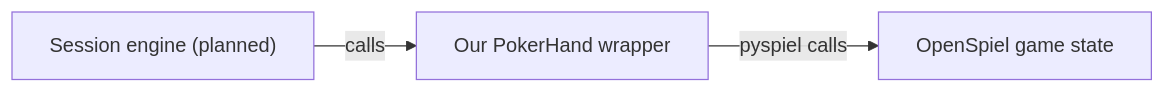
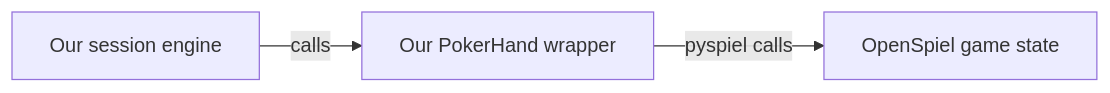
The diagram in README.md (ogenev/llm-poker-collusion), drawn with Mermaid before and after one commit. The commit also changed other lines of this file and 11 other files, not shown here.

````diff
--- a/README.md
+++ b/README.md
@@ -26,5 +30,5 @@
 ```mermaid
 flowchart LR
-    Session["Session engine (planned)"] -->|calls| Hand["Our PokerHand wrapper"]
+    Session["Our session engine"] -->|calls| Hand["Our PokerHand wrapper"]
     Hand -->|pyspiel calls| Engine["OpenSpiel game state"]
 ```
````
